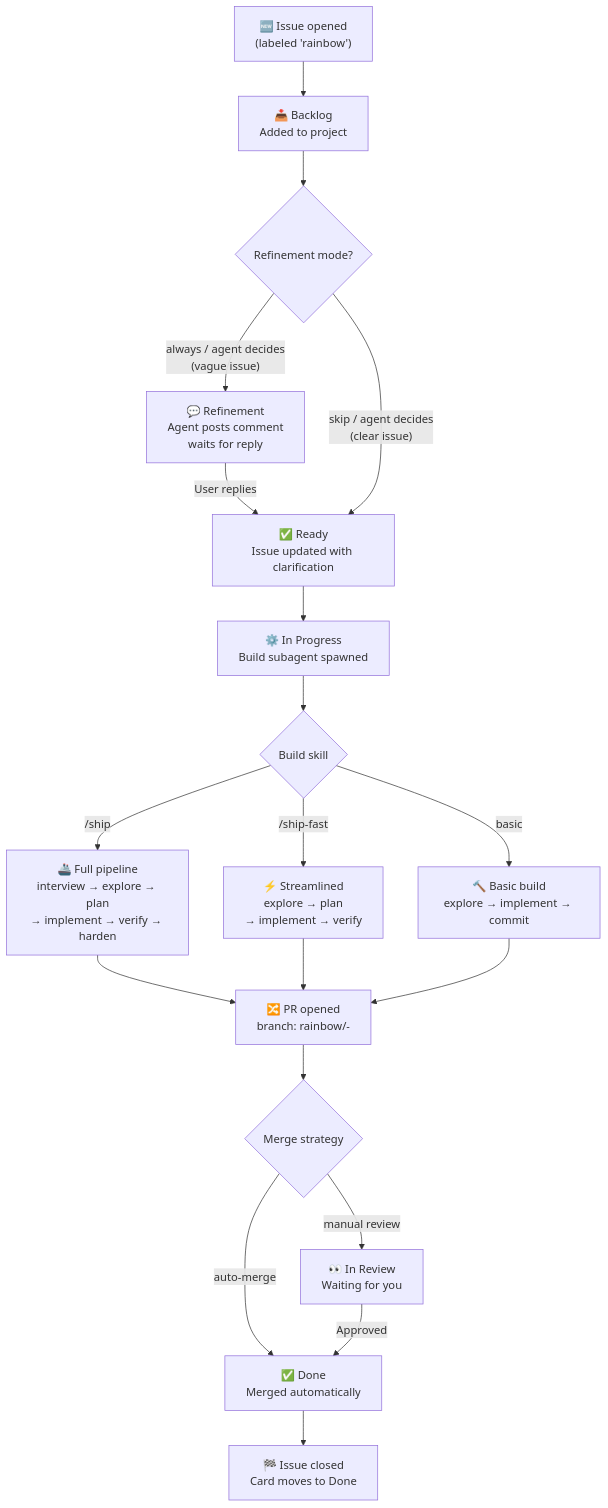
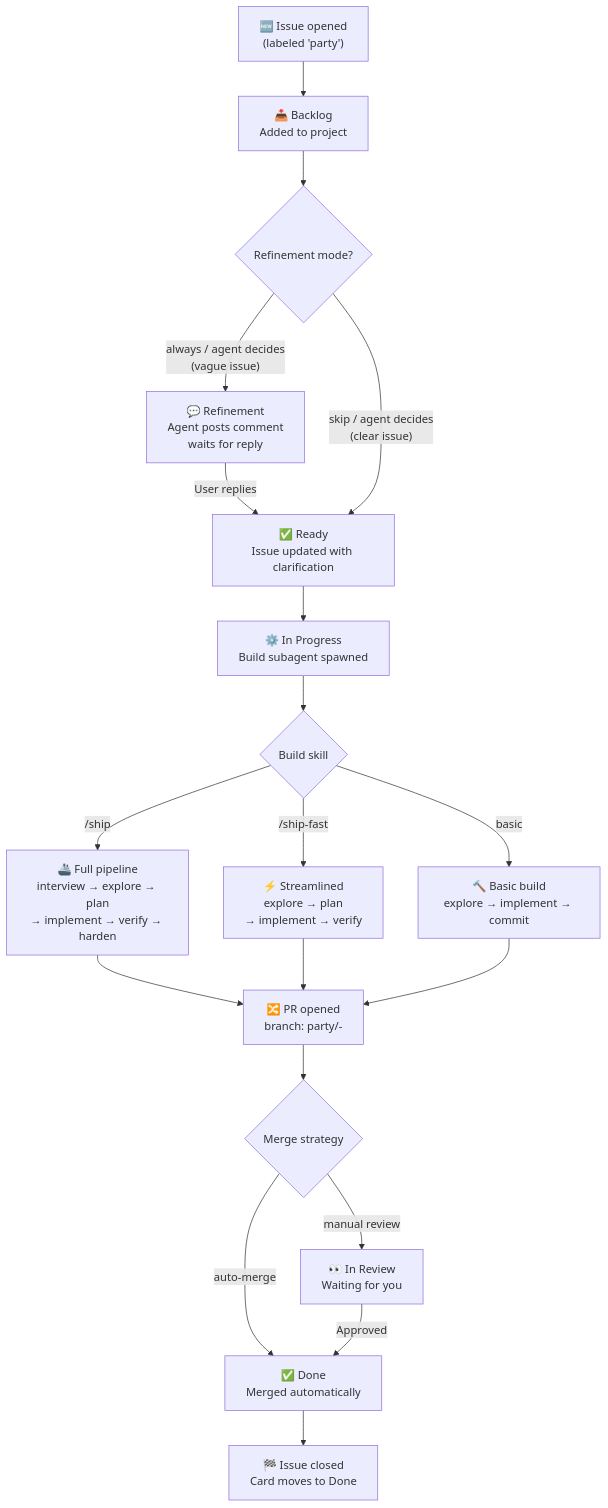
Before and after one commit to amajorai/rainbow.md: the diagram in README.md, drawn with Mermaid. The commit also changed other lines of this file and 1 other file, not shown here.

Commit message:
feat: rename rainbow to party, update footer

````diff
--- a/README.md
+++ b/README.md
@@ -71,19 +71,19 @@
 ```mermaid
 flowchart TD
-    A["🆕 Issue opened\n(labeled 'rainbow')"] --> B["📥 Backlog\nAdded to project"]
+    A["🆕 Issue opened\n(labeled 'party')"] --> B["📥 Backlog\nAdded to project"]
     B --> C{Refinement mode?}
     C -->|"always / agent decides\n(vague issue)"| D["💬 Refinement\nAgent posts comment\nwaits for reply"]
     D -->|"User replies"| E["✅ Ready\nIssue updated with clarification"]
     C -->|"skip / agent decides\n(clear issue)"| E
     E --> F["⚙️ In Progress\nBuild subagent spawned"]
     F --> G{Build skill}
     G -->|/ship| H["🚢 Full pipeline\ninterview → explore → plan\n→ implement → verify → harden"]
     G -->|/ship-fast| I["⚡ Streamlined\nexplore → plan\n→ implement → verify"]
     G -->|basic| J["🔨 Basic build\nexplore → implement → commit"]
-    H & I & J --> K["🔀 PR opened\nbranch: rainbow/<issue>-<slug>"]
+    H & I & J --> K["🔀 PR opened\nbranch: party/<issue>-<slug>"]
     K --> L{Merge strategy}
     L -->|"manual review"| M["👀 In Review\nWaiting for you"]
     L -->|"auto-merge"| N["✅ Done\nMerged automatically"]
     M -->|"Approved"| N
     N --> O["🏁 Issue closed\nCard moves to Done"]
 ```
````
